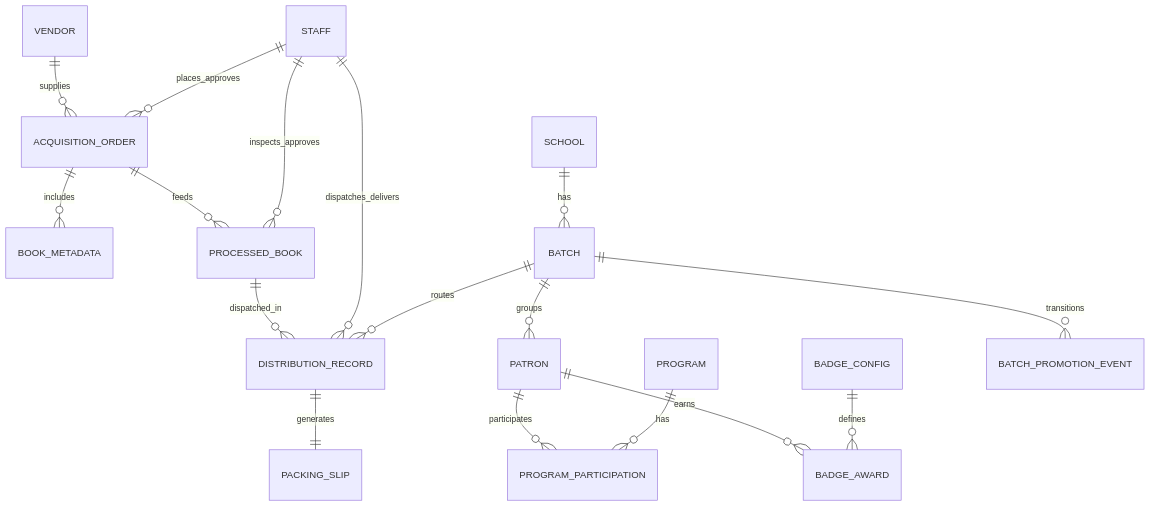
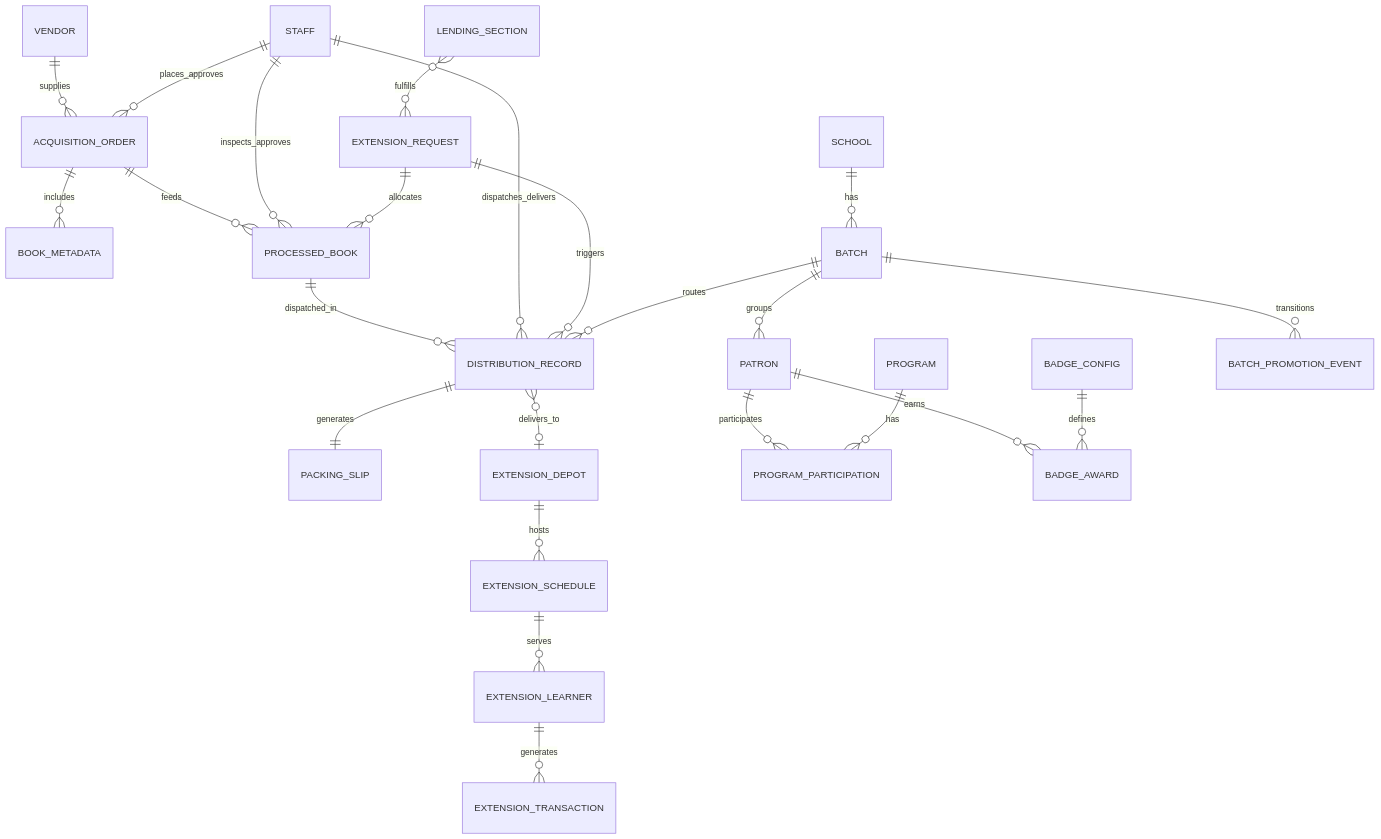
One commit to noobix/alpha-rabbit-lms changed the diagram in docs/database.md. Above: the diagram before and after it, drawn with Mermaid. The commit also changed other lines of this file and 23 other files, not shown here.

````diff
--- a/docs/database.md
+++ b/docs/database.md
@@ -272,22 +349,30 @@
 ```mermaid
 erDiagram
   VENDOR ||--o{ ACQUISITION_ORDER : supplies
   ACQUISITION_ORDER ||--o{ BOOK_METADATA : includes
   ACQUISITION_ORDER ||--o{ PROCESSED_BOOK : feeds
   PROCESSED_BOOK ||--o{ DISTRIBUTION_RECORD : dispatched_in
   DISTRIBUTION_RECORD ||--|| PACKING_SLIP : generates
 
   STAFF ||--o{ ACQUISITION_ORDER : places_approves
   STAFF ||--o{ PROCESSED_BOOK : inspects_approves
   STAFF ||--o{ DISTRIBUTION_RECORD : dispatches_delivers
 
+  LENDING_SECTION }o--o{ EXTENSION_REQUEST : fulfills
+  EXTENSION_REQUEST ||--o{ PROCESSED_BOOK : allocates
+  EXTENSION_REQUEST ||--o{ DISTRIBUTION_RECORD : triggers
+  DISTRIBUTION_RECORD }o--o| EXTENSION_DEPOT : delivers_to
+  EXTENSION_DEPOT ||--o{ EXTENSION_SCHEDULE : hosts
+  EXTENSION_SCHEDULE ||--o{ EXTENSION_LEARNER : serves
+  EXTENSION_LEARNER ||--o{ EXTENSION_TRANSACTION : generates
+
   PATRON ||--o{ PROGRAM_PARTICIPATION : participates
   PROGRAM ||--o{ PROGRAM_PARTICIPATION : has
   PATRON ||--o{ BADGE_AWARD : earns
   BADGE_CONFIG ||--o{ BADGE_AWARD : defines
 
   SCHOOL ||--o{ BATCH : has
   BATCH ||--o{ PATRON : groups
   BATCH ||--o{ DISTRIBUTION_RECORD : routes
   BATCH ||--o{ BATCH_PROMOTION_EVENT : transitions
 ```
````
